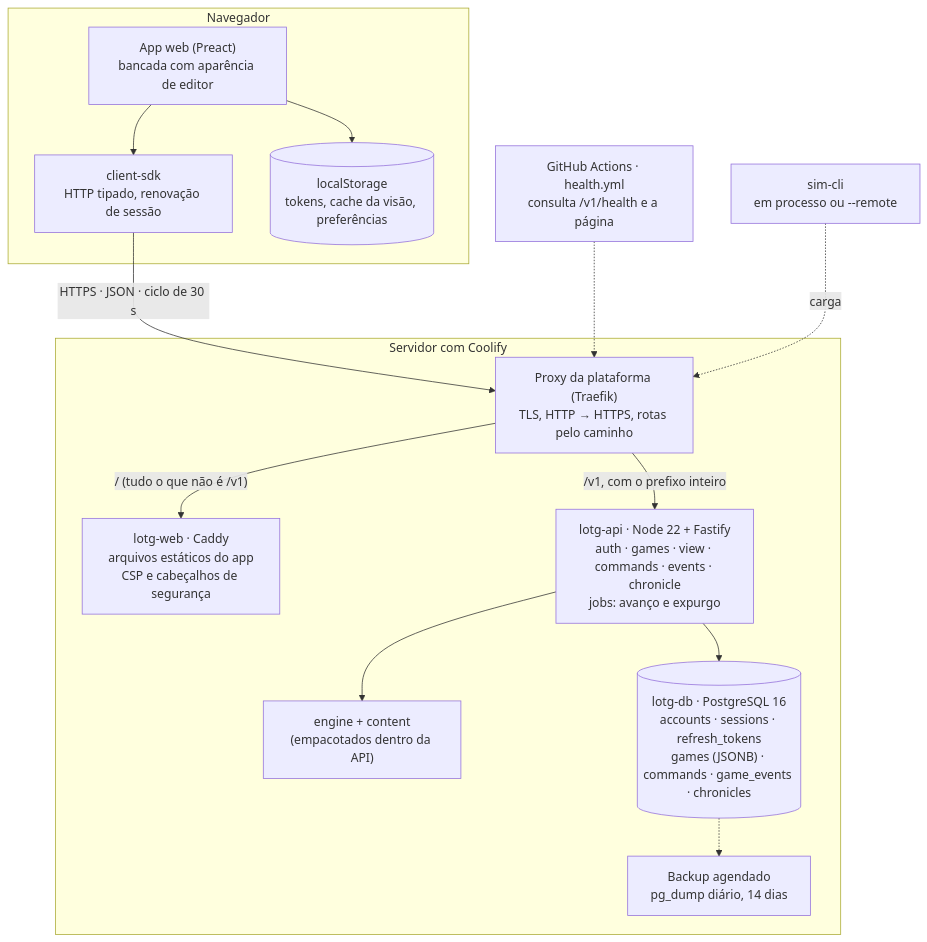
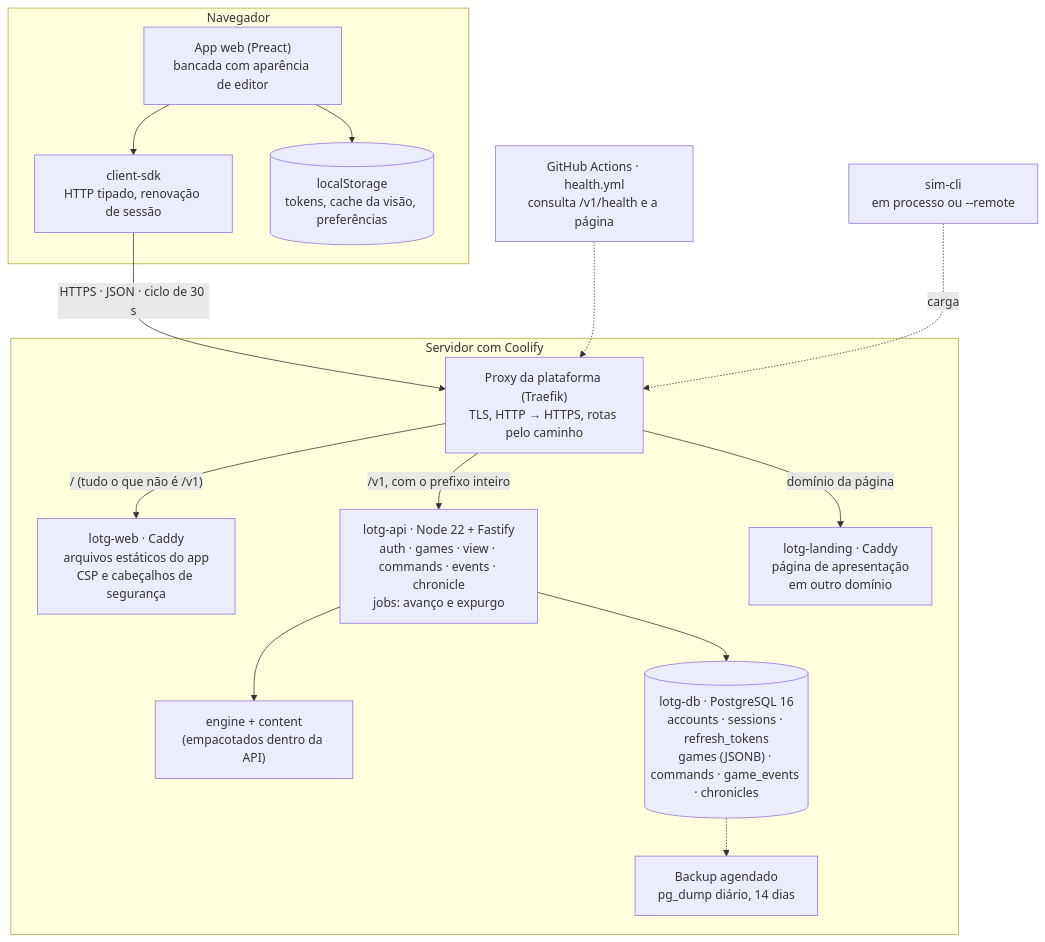
Before and after one commit to gustavopals/pals-vscode-game: the first of 3 diagrams in docs/architecture.md, drawn with Mermaid. The commit also changed other lines of this file and 8 other files, not shown here.

First line of the commit message:
Página de apresentação: ADR 0012 e documentação

````diff
--- a/docs/architecture.md
+++ b/docs/architecture.md
@@ -11,30 +11,32 @@
 ```mermaid
 flowchart TB
     subgraph browser["Navegador"]
         App["App web (Preact)<br/>bancada com aparência de editor"]
         SDK["client-sdk<br/>HTTP tipado, renovação de sessão"]
         Store[("localStorage<br/>tokens, cache da visão, preferências")]
         App --> SDK
         App --> Store
     end
 
     SDK -- "HTTPS · JSON · ciclo de 30 s" --> Proxy
 
     subgraph coolify["Servidor com Coolify"]
         Proxy["Proxy da plataforma (Traefik)<br/>TLS, HTTP → HTTPS, rotas pelo caminho"]
         Web["lotg-web · Caddy<br/>arquivos estáticos do app<br/>CSP e cabeçalhos de segurança"]
         API["lotg-api · Node 22 + Fastify<br/>auth · games · view · commands · events · chronicle<br/>jobs: avanço e expurgo"]
         Engine["engine + content<br/>(empacotados dentro da API)"]
         DB[("lotg-db · PostgreSQL 16<br/>accounts · sessions · refresh_tokens<br/>games (JSONB) · commands · game_events · chronicles")]
         Backup["Backup agendado<br/>pg_dump diário, 14 dias"]
+        Landing["lotg-landing · Caddy<br/>página de apresentação<br/>em outro domínio"]
 
         Proxy -- "/ (tudo o que não é /v1)" --> Web
         Proxy -- "/v1, com o prefixo inteiro" --> API
+        Proxy -- "domínio da página" --> Landing
         API --> Engine
         API --> DB
         DB -.-> Backup
     end
 
     Monitor["GitHub Actions · health.yml<br/>consulta /v1/health e a página"] -.-> Proxy
     Sim["sim-cli<br/>em processo ou --remote"] -. "carga" .-> Proxy
 ```
````
